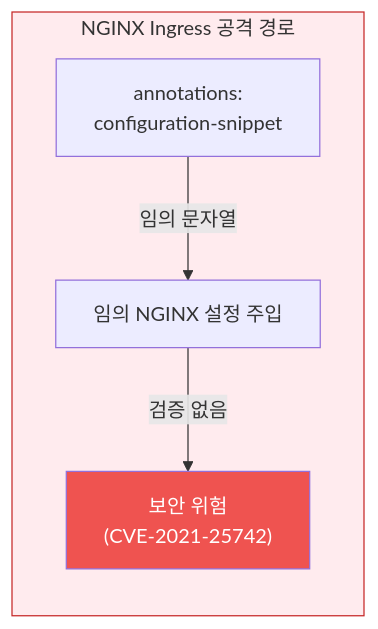
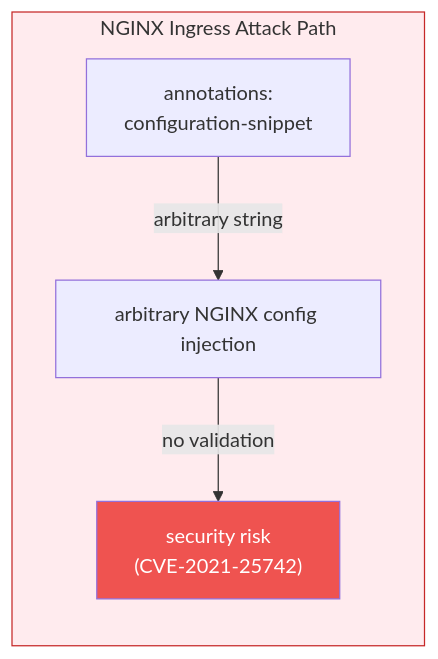
Before and after one commit to devfloor9/engineering-playbook: the second of 7 diagrams in docs/eks-best-practices/networking-performance/gateway-api-adoption-guide/index.md, drawn with Mermaid. The commit also changed other lines of this file and 954 other files, not shown here.

````diff
--- a/docs/eks-best-practices/networking-performance/gateway-api-adoption-guide/index.md
+++ b/docs/eks-best-practices/networking-performance/gateway-api-adoption-guide/index.md
@@ -200,12 +200,12 @@
 ```mermaid
 flowchart LR
-    subgraph nginx["NGINX Ingress 공격 경로"]
+    subgraph nginx["NGINX Ingress Attack Path"]
         direction TB
         ann["annotations:<br/>configuration-snippet"]
-        ann -->|"임의 문자열"| inject["임의 NGINX 설정 주입"]
-        inject -->|"검증 없음"| danger["보안 위험<br/>(CVE-2021-25742)"]
+        ann -->|"arbitrary string"| inject["arbitrary NGINX config injection"]
+        inject -->|"no validation"| danger["security risk<br/>(CVE-2021-25742)"]
     end
 
     style nginx fill:#ffebee,stroke:#c62828
     style danger fill:#ef5350,color:#fff
 ```
````
